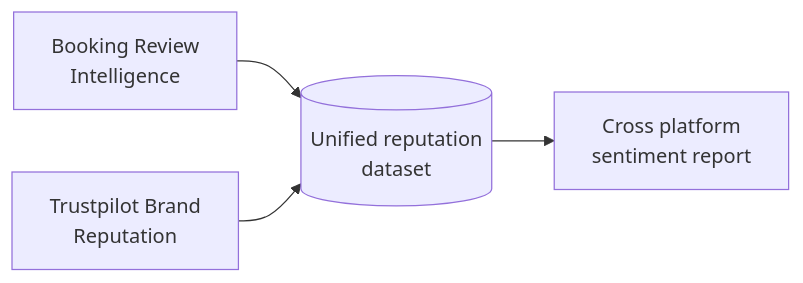
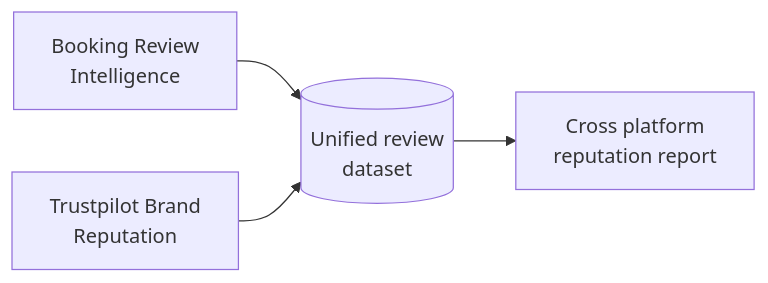
One commit to Ken-Mutisya/scrapemint changed the sixth of 6 diagrams in actors/trustpilot-brand-reputation/README.md. Above: the diagram before and after it, drawn with Mermaid. The commit also changed other lines of this file, not shown here.

First line of the commit message:
Rewrite Trustpilot README for SEO with use case diagrams

````diff
--- a/actors/trustpilot-brand-reputation/README.md
+++ b/actors/trustpilot-brand-reputation/README.md
@@ -184,6 +198,6 @@
 ```mermaid
 flowchart LR
-    A[Booking Review<br/>Intelligence] --> C[(Unified reputation<br/>dataset)]
+    A[Booking Review<br/>Intelligence] --> C[(Unified review<br/>dataset)]
     B[Trustpilot Brand<br/>Reputation] --> C
-    C --> D[Cross platform<br/>sentiment report]
+    C --> D[Cross platform<br/>reputation report]
 ```
````
